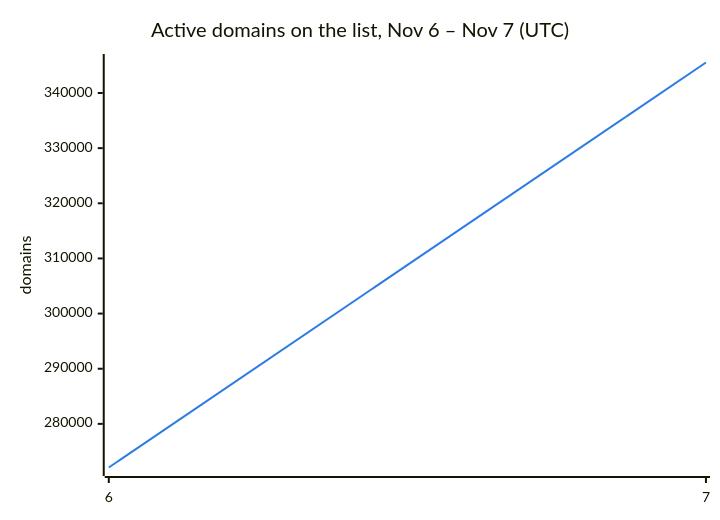
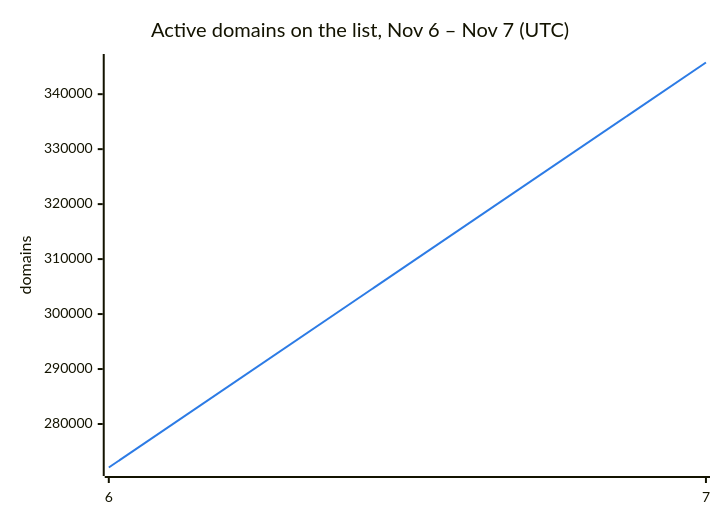
The second of 3 diagrams in README.md (DNSBunker/CTI), drawn with Mermaid before and after one commit. The commit also changed other lines of this file and 3 other files, not shown here.

````diff
--- a/README.md
+++ b/README.md
@@ -38,8 +38,8 @@
 ```mermaid
 %%{init: {"themeVariables": {"xyChart": {"plotColorPalette": "#2c7be5"}}}}%%
 xychart-beta
     title "Active domains on the list, Nov 6 – Nov 7 (UTC)"
     x-axis ["6", "7"]
     y-axis "domains"
-    line [272088, 345532]
+    line [272088, 345762]
 ```
````
